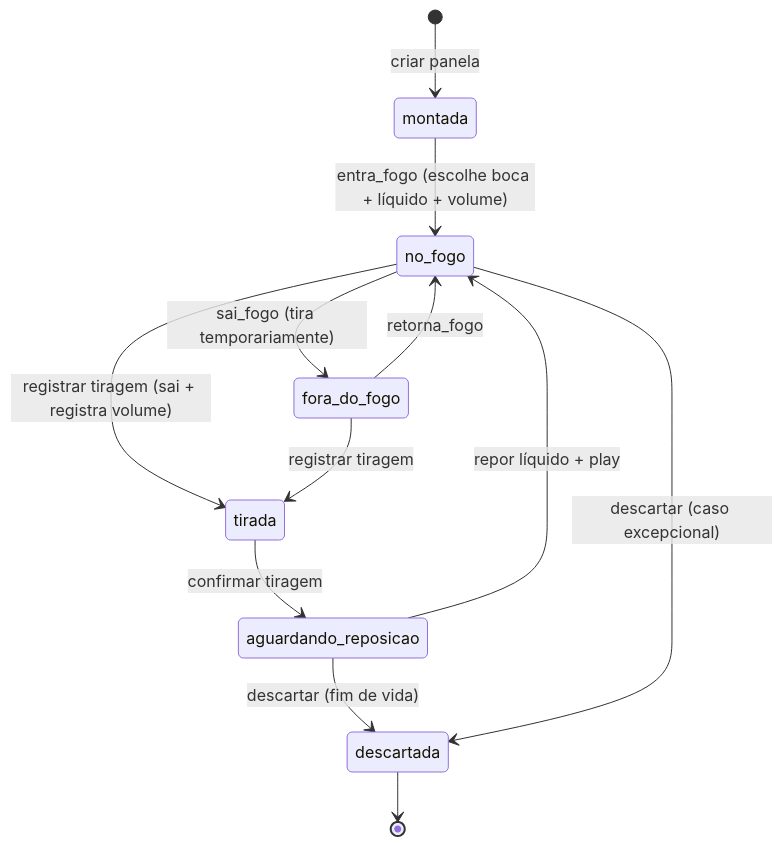
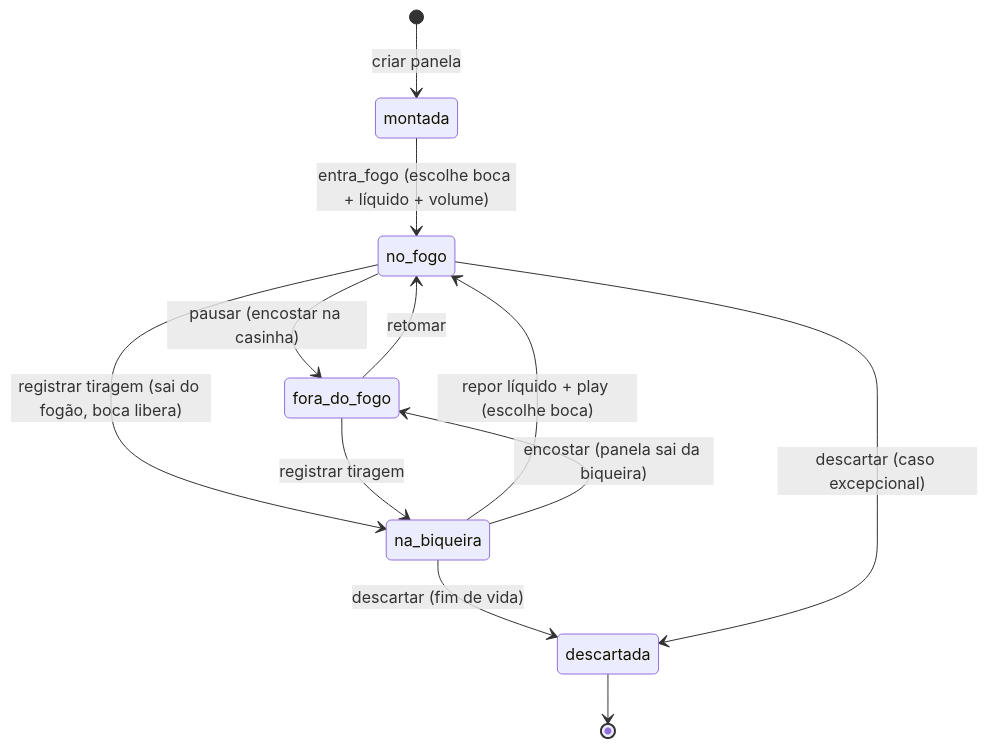
Before and after one commit to nitaibezerra/gestao-feitio: the second of 6 diagrams in projeto/requisitos.md, drawn with Mermaid. The commit also changed other lines of this file and 3 other files, not shown here.

````diff
--- a/projeto/requisitos.md
+++ b/projeto/requisitos.md
@@ -249,14 +249,14 @@
 ```mermaid
 stateDiagram-v2
     [*] --> montada: criar panela
     montada --> no_fogo: entra_fogo (escolhe boca + líquido + volume)
-    no_fogo --> fora_do_fogo: sai_fogo (tira temporariamente)
-    fora_do_fogo --> no_fogo: retorna_fogo
-    no_fogo --> tirada: registrar tiragem (sai + registra volume)
-    fora_do_fogo --> tirada: registrar tiragem
-    tirada --> aguardando_reposicao: confirmar tiragem
-    aguardando_reposicao --> no_fogo: repor líquido + play
-    aguardando_reposicao --> descartada: descartar (fim de vida)
+    no_fogo --> fora_do_fogo: pausar (encostar na casinha)
+    fora_do_fogo --> no_fogo: retomar
+    no_fogo --> na_biqueira: registrar tiragem (sai do fogão, boca libera)
+    fora_do_fogo --> na_biqueira: registrar tiragem
+    na_biqueira --> no_fogo: repor líquido + play (escolhe boca)
+    na_biqueira --> fora_do_fogo: encostar (panela sai da biqueira)
+    na_biqueira --> descartada: descartar (fim de vida)
     no_fogo --> descartada: descartar (caso excepcional)
     descartada --> [*]
 ```
````
